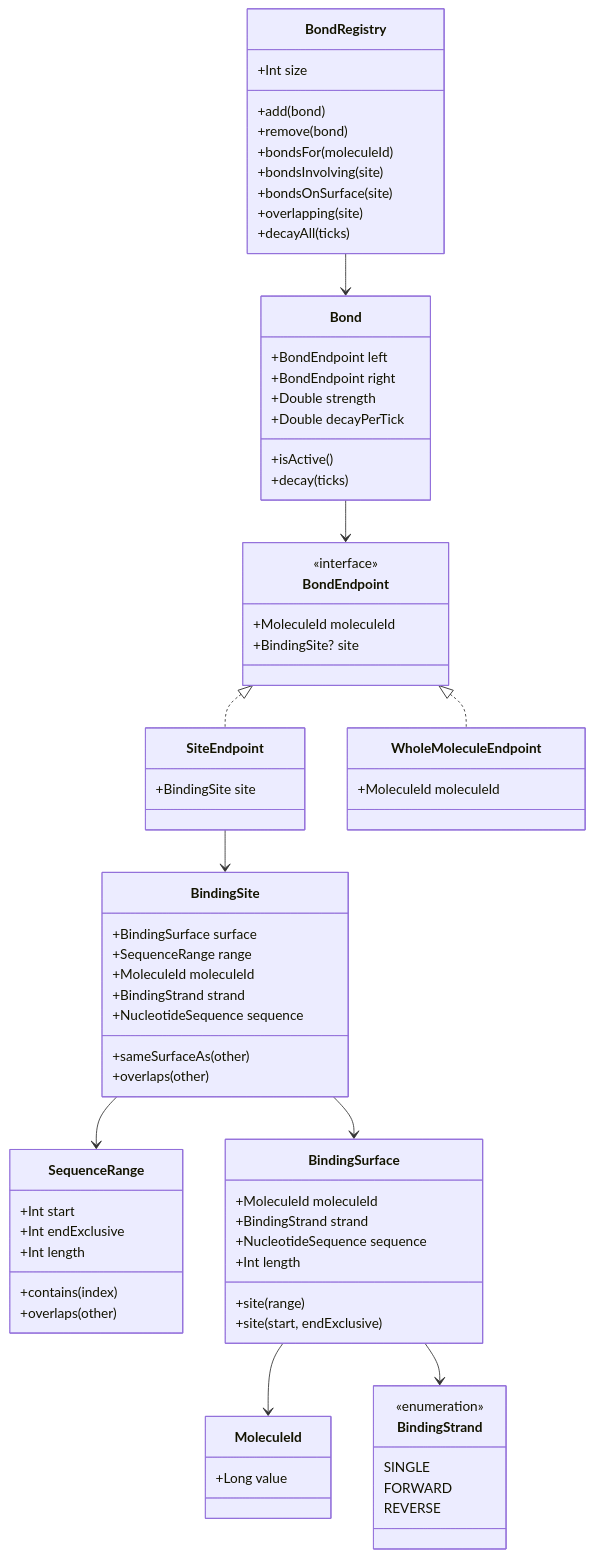
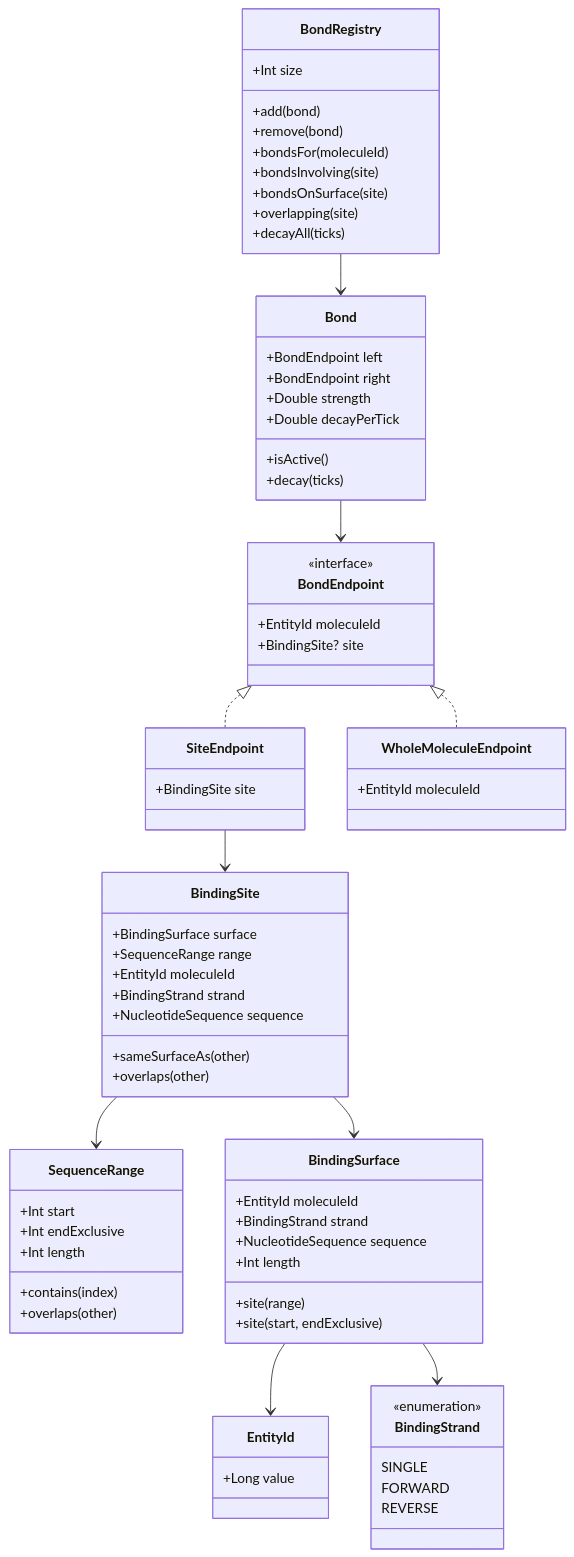
One commit to skasti/life-sim changed the first of 2 diagrams in docs/biology/interactions/bonds.md. Above: the diagram before and after it, drawn with Mermaid. The commit also changed other lines of this file and 18 other files, not shown here.

```diff
--- a/docs/biology/interactions/bonds.md
+++ b/docs/biology/interactions/bonds.md
@@ -129,7 +129,7 @@
         +overlaps(other)
     }
 
-    class MoleculeId {
+    class EntityId {
         +Long value
     }
 
@@ -141,7 +141,7 @@
     }
 
     class BindingSurface {
-        +MoleculeId moleculeId
+        +EntityId moleculeId
         +BindingStrand strand
         +NucleotideSequence sequence
         +Int length
@@ -152,7 +152,7 @@
     class BindingSite {
         +BindingSurface surface
         +SequenceRange range
-        +MoleculeId moleculeId
+        +EntityId moleculeId
         +BindingStrand strand
         +NucleotideSequence sequence
         +sameSurfaceAs(other)
@@ -161,7 +161,7 @@
 
     class BondEndpoint {
         <<interface>>
-        +MoleculeId moleculeId
+        +EntityId moleculeId
         +BindingSite? site
     }
 
@@ -170,7 +170,7 @@
     }
 
     class WholeMoleculeEndpoint {
-        +MoleculeId moleculeId
+        +EntityId moleculeId
     }
 
     class Bond {
@@ -195,7 +195,7 @@
 
     BondEndpoint <|.. SiteEndpoint
     BondEndpoint <|.. WholeMoleculeEndpoint
-    BindingSurface --> MoleculeId
+    BindingSurface --> EntityId
     BindingSurface --> BindingStrand
     BindingSite --> BindingSurface
     BindingSite --> SequenceRange
```
